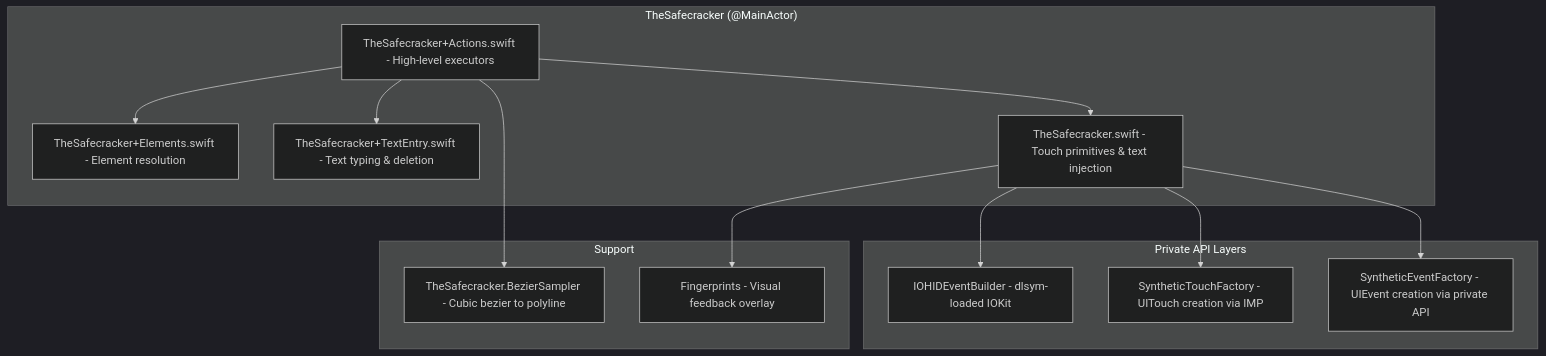
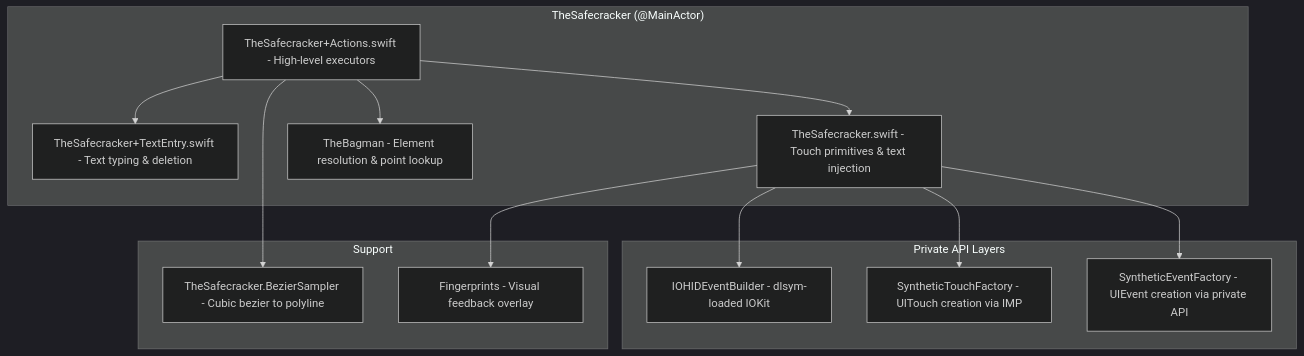
The first of 5 diagrams in docs/dossiers/04-THESAFECRACKER.md (RoyalPineapple/TheButtonHeist), drawn with Mermaid (dark theme) before and after one commit. The commit also changed other lines of this file and 15 other files, not shown here.

````diff
--- a/docs/dossiers/04-THESAFECRACKER.md
+++ b/docs/dossiers/04-THESAFECRACKER.md
@@ -21,29 +21,29 @@
 ```mermaid
 graph TD
     subgraph TheSafecracker["TheSafecracker (@MainActor)"]
         Actions["TheSafecracker+Actions.swift - High-level executors"]
-        Elements["TheSafecracker+Elements.swift - Element resolution"]
         TextEntry["TheSafecracker+TextEntry.swift - Text typing & deletion"]
         Core["TheSafecracker.swift - Touch primitives & text injection"]
+        Bagman["TheBagman - Element resolution & point lookup"]
     end
 
     subgraph PrivateAPIs["Private API Layers"]
         IOHID["IOHIDEventBuilder - dlsym-loaded IOKit"]
         TouchFactory["SyntheticTouchFactory - UITouch creation via IMP"]
         EventFactory["SyntheticEventFactory - UIEvent creation via private API"]
     end
 
     subgraph Support["Support"]
         Bezier["TheSafecracker.BezierSampler - Cubic bezier to polyline"]
         FP["Fingerprints - Visual feedback overlay"]
     end
 
     Actions --> Core
-    Actions --> Elements
+    Actions --> Bagman
     Actions --> TextEntry
     Core --> IOHID
     Core --> TouchFactory
     Core --> EventFactory
     Actions --> Bezier
     Core --> FP
 ```
````
